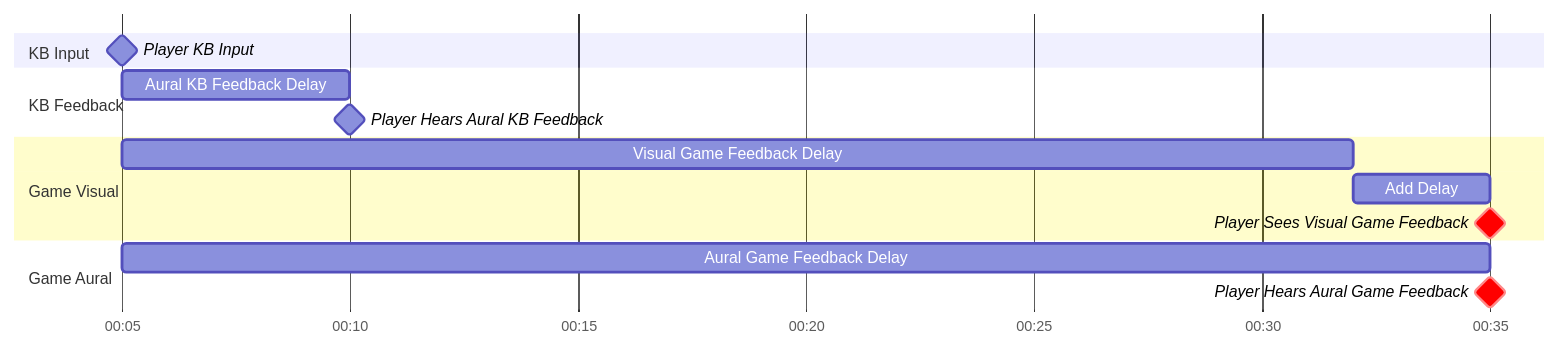
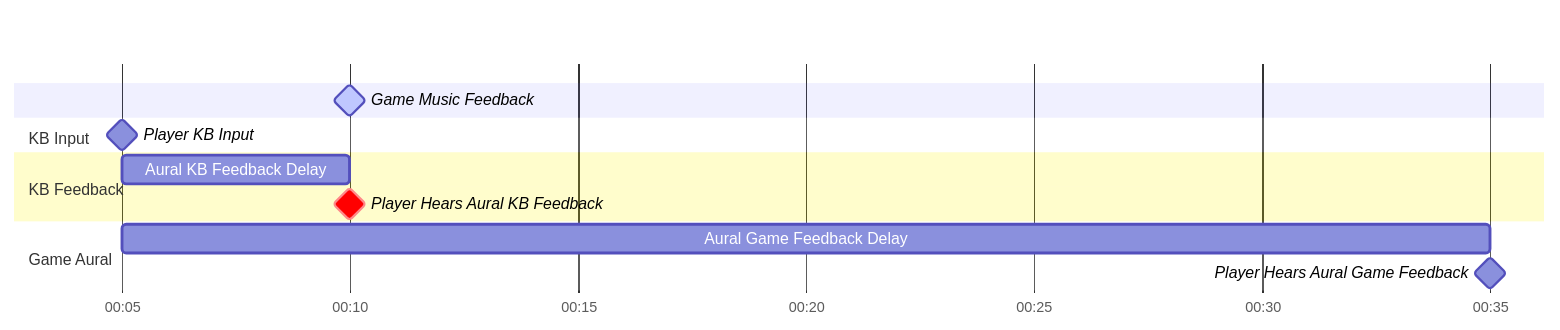
Before and after one commit to Eve-ning/Eve-ning.github.io: the third of 14 diagrams in _posts/2024-10-04-hitsounds.md, drawn with Mermaid. The commit also changed other lines of this file, not shown here.

````diff
--- a/_posts/2024-10-04-hitsounds.md
+++ b/_posts/2024-10-04-hitsounds.md
@@ -140,20 +140,17 @@
 ```mermaid
 gantt
   dateFormat mm:ss
   axisFormat %M:%S
+
+  Game Music Feedback: active, milestone, 00:10,
   section KB Input
     Player KB Input: milestone, 00:05,
 
   section KB Feedback
     Aural KB Feedback Delay: 00:05, 00:10
-    Player Hears Aural KB Feedback: milestone, 00:10,
-
-  section Game Visual
-    Visual Game Feedback Delay: 00:05, 00:32
-    Add Delay: 00:32, 00:35
-    Player Sees Visual Game Feedback: crit, milestone, 00:35,
+    Player Hears Aural KB Feedback: crit, milestone, 00:10,
 
   section Game Aural
     Aural Game Feedback Delay: 00:05, 00:35
-    Player Hears Aural Game Feedback: crit, milestone, 00:35,
+    Player Hears Aural Game Feedback: milestone, 00:35,
 ```
````
